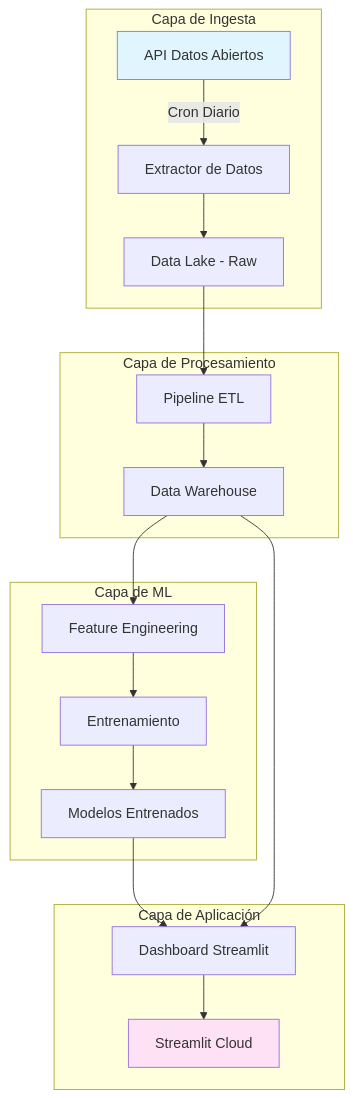
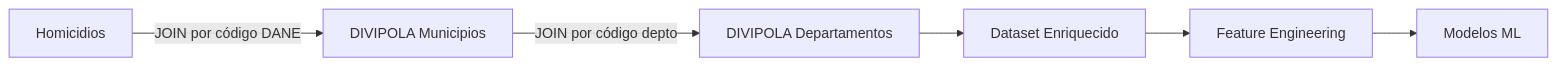
One commit to deleonray314/ML-Homicidios changed the first of 2 diagrams in README.md. Above: the diagram before and after it, drawn with Mermaid. The commit also changed other lines of this file and 37 other files, not shown here.

````diff
--- a/README.md
+++ b/README.md
@@ -35,27 +145,8 @@
 ```mermaid
-graph TB
-    subgraph "Capa de Ingesta"
-        A[API Datos Abiertos] -->|Cron Diario| B[Extractor de Datos]
-        B --> C[Data Lake - Raw]
-    end
-    
-    subgraph "Capa de Procesamiento"
-        C --> D[Pipeline ETL]
-        D --> E[Data Warehouse]
-    end
-    
-    subgraph "Capa de ML"
-        E --> F[Feature Engineering]
-        F --> G[Entrenamiento]
-        G --> H[Modelos Entrenados]
-    end
-    
-    subgraph "Capa de Aplicación"
-        H --> I[Dashboard Streamlit]
-        E --> I
-        I --> J[Streamlit Cloud]
-    end
-    
-    style A fill:#e1f5ff
-    style J fill:#ffe1f5
+graph LR
+    A[Homicidios] -->|JOIN por código DANE| B[DIVIPOLA Municipios]
+    B -->|JOIN por código depto| C[DIVIPOLA Departamentos]
+    C --> D[Dataset Enriquecido]
+    D --> E[Feature Engineering]
+    E --> F[Modelos ML]
 ```
````
